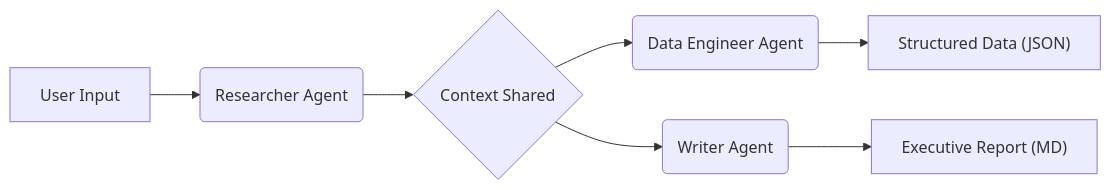
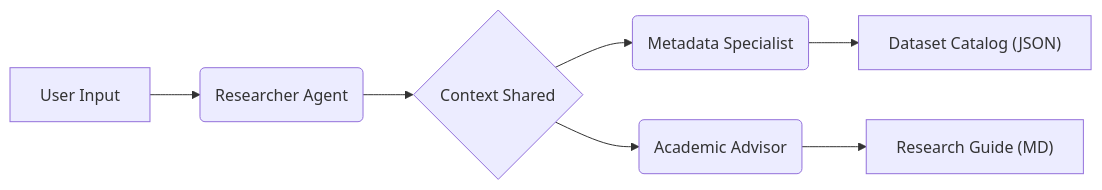
Before and after one commit to lsalgado7/RAI: the diagram in README.md, drawn with Mermaid. The commit also changed other lines of this file and 4 other files, not shown here.

````diff
--- a/README.md
+++ b/README.md
@@ -24,9 +24,9 @@
 ```mermaid
 graph LR
     A[User Input] --> B(Researcher Agent)
     B --> C{Context Shared}
-    C --> D(Data Engineer Agent)
-    C --> E(Writer Agent)
-    D --> F["Structured Data (JSON)"]
-    E --> G["Executive Report (MD)"]
+    C --> D(Metadata Specialist)
+    C --> E(Academic Advisor)
+    D --> F["Dataset Catalog (JSON)"]
+    E --> G["Research Guide (MD)"]
 ```
````
